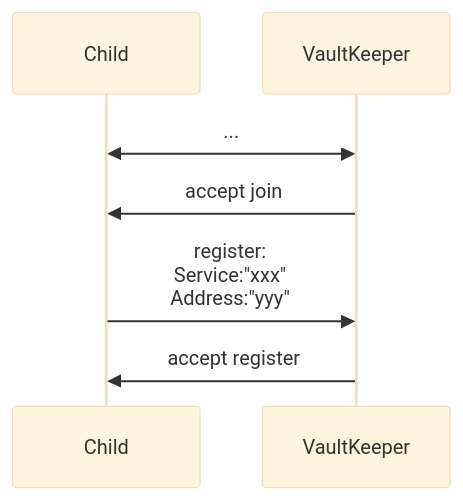
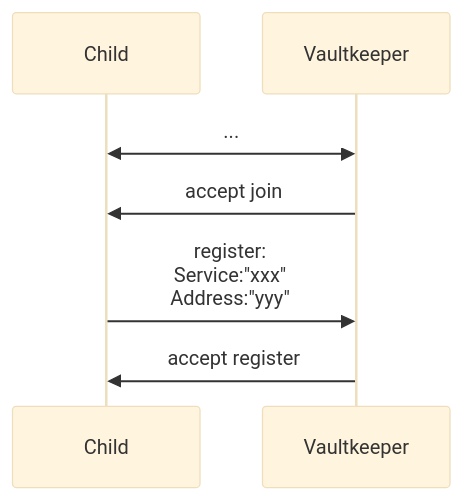
Before and after one commit to rflandau/Orv: the second of 3 diagrams in README.md, drawn with Mermaid (base theme). The commit also changed other lines of this file and 11 other files, not shown here.

Commit message:
update README and client request diagrams

````diff
--- a/README.md
+++ b/README.md
@@ -165,7 +167,7 @@
 ```mermaid
 sequenceDiagram
-    Child<<->>VaultKeeper: ...
-    VaultKeeper->>Child: accept join
-    Child->>VaultKeeper: register:<br>Service:"xxx"<br>Address:"yyy"
-    VaultKeeper->>Child: accept register
+    Child<<->>Vaultkeeper: ...
+    Vaultkeeper->>Child: accept join
+    Child->>Vaultkeeper: register:<br>Service:"xxx"<br>Address:"yyy"
+    Vaultkeeper->>Child: accept register
 ```
````
